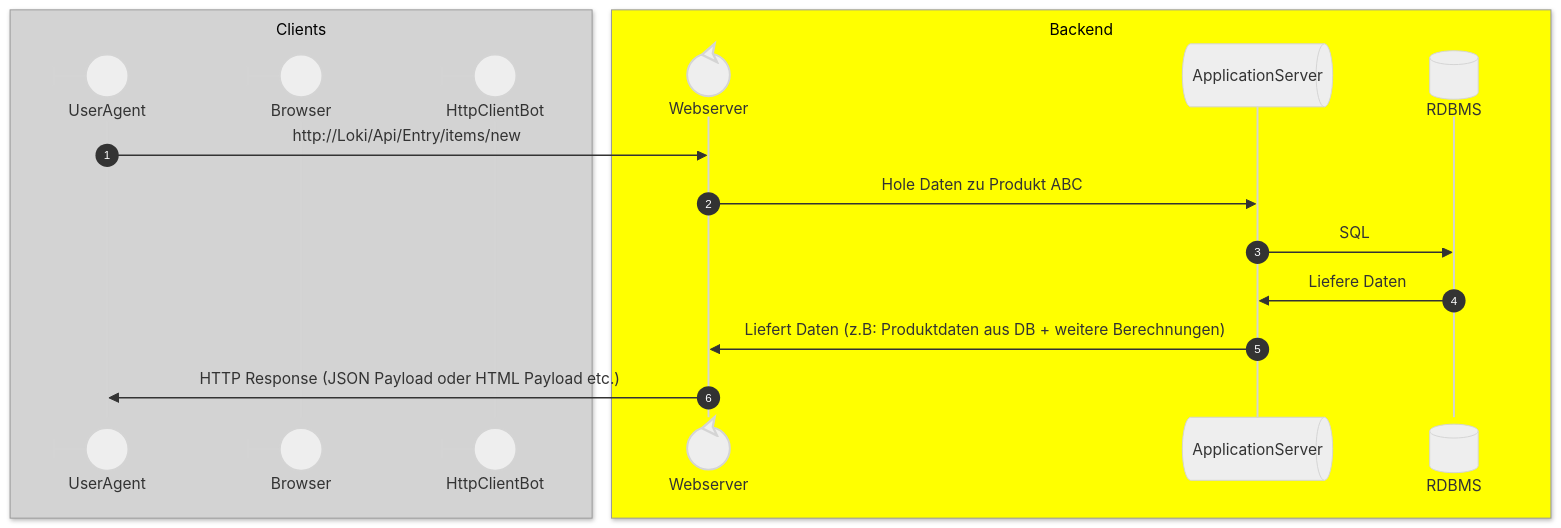
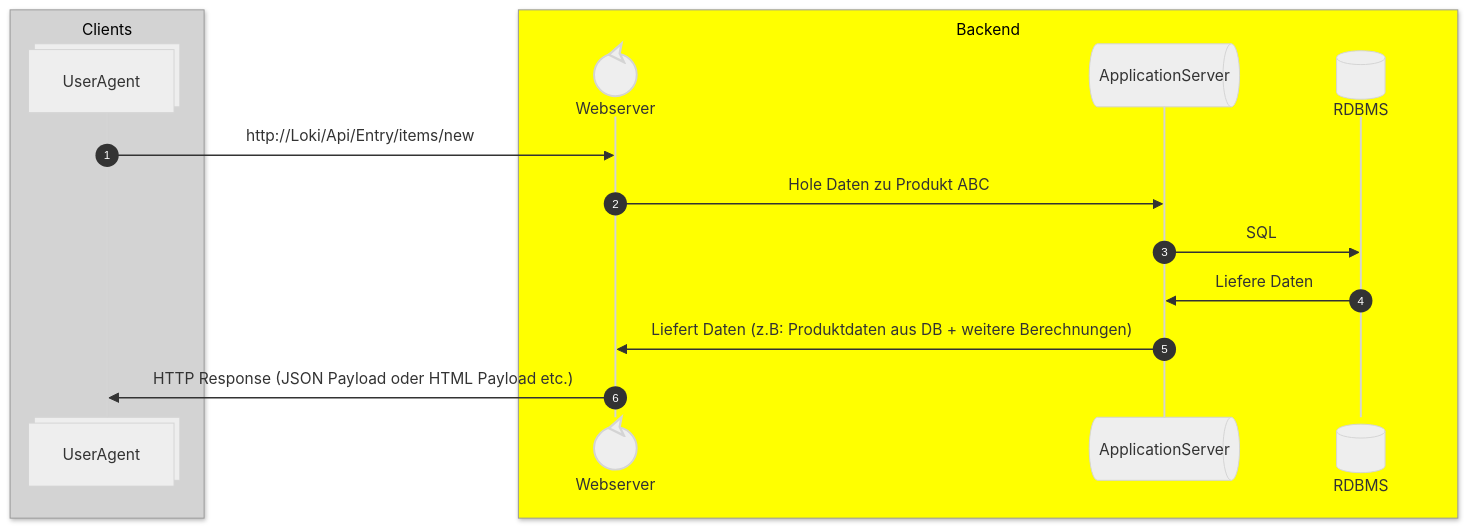
Before and after one commit to nevsglueckauf/WhatsTheStory: the diagram in net/Multi_Tier.md, drawn with Mermaid.

Commit message:
Adding Box

````diff
--- a/net/Multi_Tier.md
+++ b/net/Multi_Tier.md
@@ -5,26 +5,24 @@
 ```mermaid
 ---
 config:
   look: handDrawn
   theme: neutral
 ---
 sequenceDiagram
 autonumber
     box lightgray Clients
-      participant UserAgent@{ "type" : "boundary"}
-      participant Browser@{ "type" : "boundary"}
-      participant HttpClientBot@{ "type" : "boundary"}
+      participant UserAgent@{ "type" : "collections" }
     end
     box yellow Backend
       participant Webserver@{ "type" : "control" }
       participant ApplicationServer@{ "type" : "queue" }
       participant RDBMS@{ "type" : "database" }
     end
     UserAgent->>Webserver: http://Loki/Api/Entry/items/new 
     Webserver->>ApplicationServer: Hole Daten zu Produkt ABC
     ApplicationServer->>RDBMS:SQL
     RDBMS->>ApplicationServer:Liefere Daten
     ApplicationServer->>Webserver: Liefert Daten (z.B: Produktdaten aus DB + weitere Berechnungen)
     Webserver->>UserAgent: HTTP Response (JSON Payload oder HTML Payload etc.)
     
 ```
````
